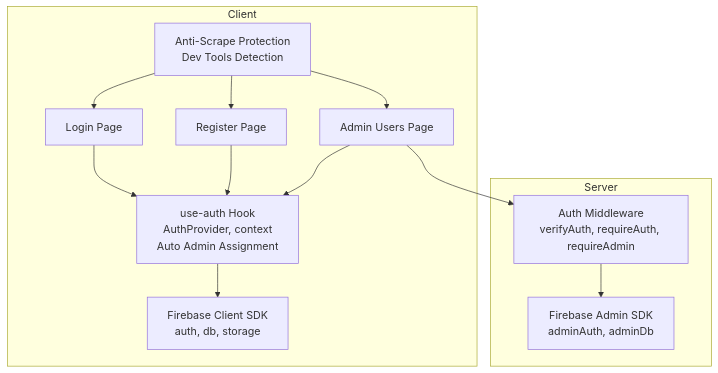
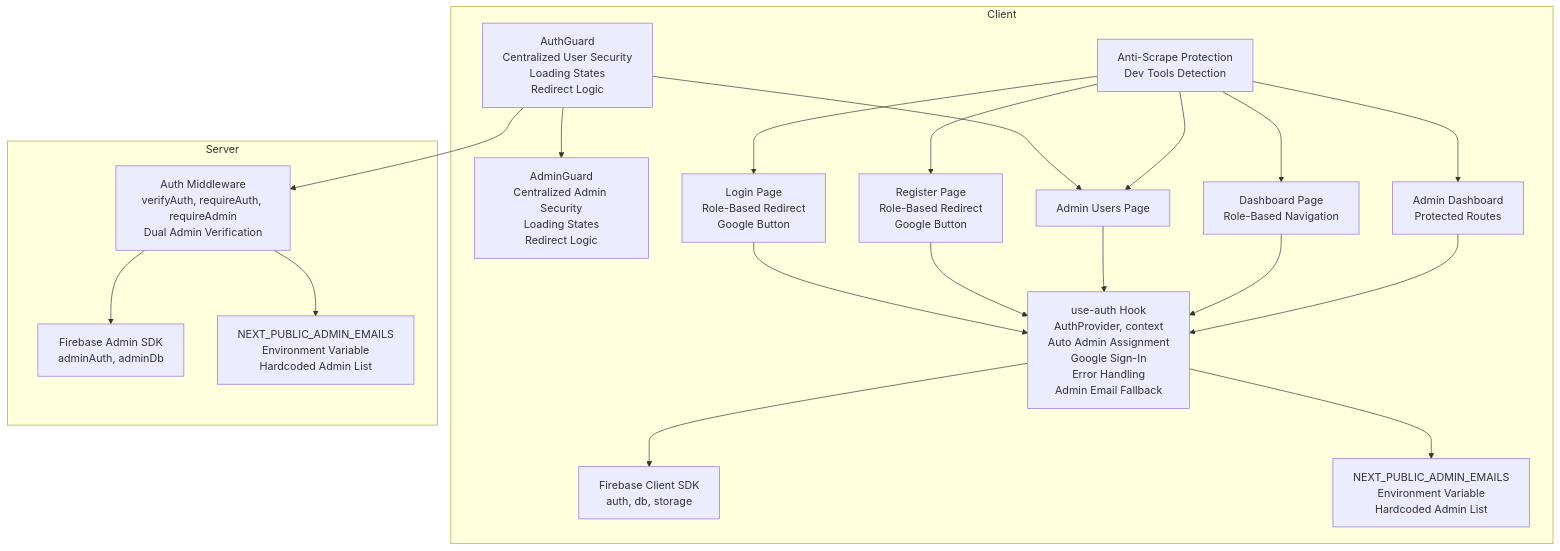
The first of 5 diagrams in .qoder/repowiki/en/content/Authentication System/Authentication System.md (alikizang/datafrica), drawn with Mermaid before and after one commit. The commit also changed other lines of this file and 21 other files, not shown here.

````diff
--- a/.qoder/repowiki/en/content/Authentication System/Authentication System.md
+++ b/.qoder/repowiki/en/content/Authentication System/Authentication System.md
@@ -49,24 +56,38 @@
 ```mermaid
 graph TB
 subgraph "Client"
 FA["Firebase Client SDK<br/>auth, db, storage"]
-UA["use-auth Hook<br/>AuthProvider, context<br/>Auto Admin Assignment"]
+UA["use-auth Hook<br/>AuthProvider, context<br/>Auto Admin Assignment<br/>Google Sign-In<br/>Error Handling<br/>Admin Email Fallback"]
+AG["AdminGuard<br/>Centralized Admin Security<br/>Loading States<br/>Redirect Logic"]
+AU["AuthGuard<br/>Centralized User Security<br/>Loading States<br/>Redirect Logic"]
 AS["Anti-Scrape Protection<br/>Dev Tools Detection"]
-LG["Login Page"]
-RG["Register Page"]
-AU["Admin Users Page"]
+LG["Login Page<br/>Role-Based Redirect<br/>Google Button"]
+RG["Register Page<br/>Role-Based Redirect<br/>Google Button"]
+AU2["Admin Users Page"]
+AE["NEXT_PUBLIC_ADMIN_EMAILS<br/>Environment Variable<br/>Hardcoded Admin List"]
+DB["Dashboard Page<br/>Role-Based Navigation"]
+AD["Admin Dashboard<br/>Protected Routes"]
 end
 subgraph "Server"
-AM["Auth Middleware<br/>verifyAuth, requireAuth, requireAdmin"]
+AM["Auth Middleware<br/>verifyAuth, requireAuth, requireAdmin<br/>Dual Admin Verification"]
 FA2["Firebase Admin SDK<br/>adminAuth, adminDb"]
+AE2["NEXT_PUBLIC_ADMIN_EMAILS<br/>Environment Variable<br/>Hardcoded Admin List"]
 end
 LG --> UA
 RG --> UA
-AU --> UA
+AU2 --> UA
+DB --> UA
+AD --> UA
 UA --> FA
+UA --> AE
+AU --> AG
+AU --> AU2
 AU --> AM
 AM --> FA2
+AM --> AE2
 AS --> LG
 AS --> RG
-AS --> AU
+AS --> AU2
+AS --> DB
+AS --> AD
 ```
````
